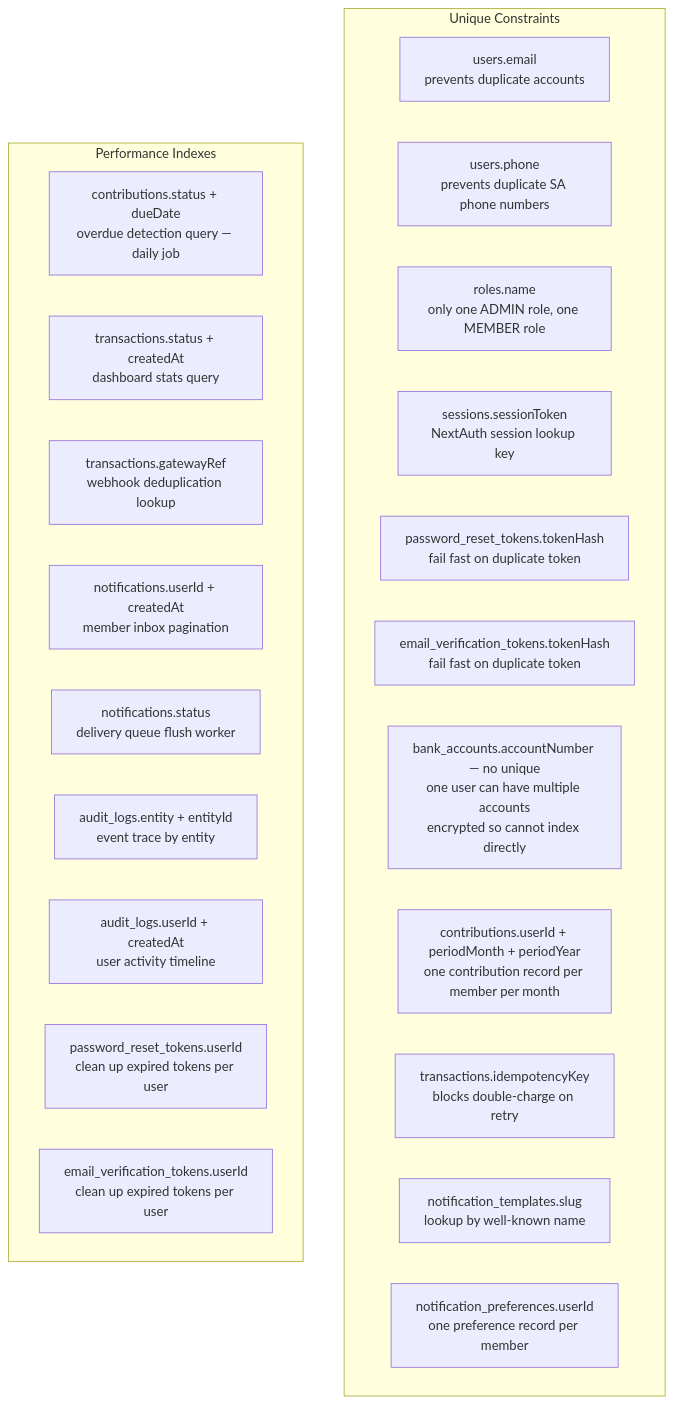
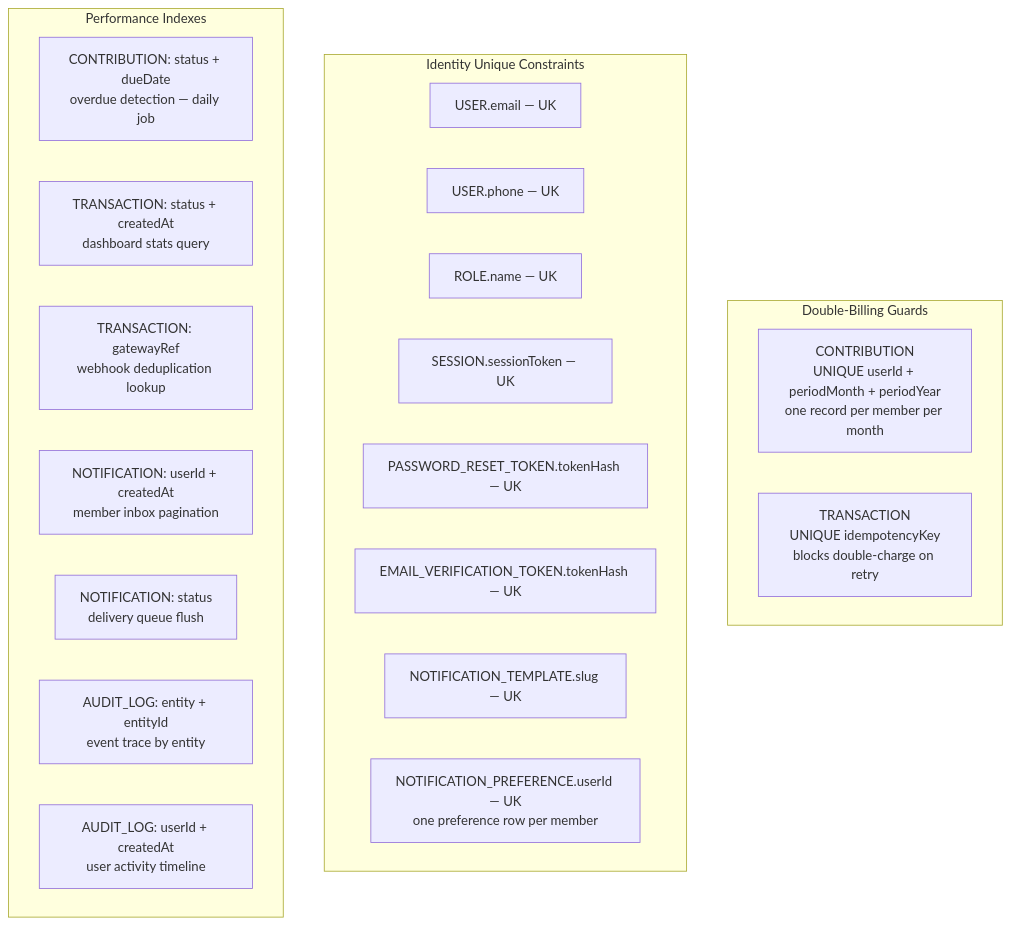
Before and after one commit to KSDRILL-SA/Xkimi-Xa-Mali: the third of 4 diagrams in docs/database/01-erd.md, drawn with Mermaid. The commit also changed other lines of this file, not shown here.

First line of the commit message:
fix(docs): rewrite ERD diagrams using erDiagram syntax (#69)

````diff
--- a/docs/database/01-erd.md
+++ b/docs/database/01-erd.md
@@ -130,28 +219,28 @@
 ```mermaid
 flowchart TD
-    subgraph UNIQUE_CONSTRAINTS["Unique Constraints"]
-        U1["users.email\nprevents duplicate accounts"]
-        U2["users.phone\nprevents duplicate SA phone numbers"]
-        U3["roles.name\nonly one ADMIN role, one MEMBER role"]
-        U4["sessions.sessionToken\nNextAuth session lookup key"]
-        U5["password_reset_tokens.tokenHash\nfail fast on duplicate token"]
-        U6["email_verification_tokens.tokenHash\nfail fast on duplicate token"]
-        U7["bank_accounts.accountNumber — no unique\none user can have multiple accounts\nencrypted so cannot index directly"]
-        U8["contributions.userId + periodMonth + periodYear\none contribution record per member per month"]
-        U9["transactions.idempotencyKey\nblocks double-charge on retry"]
-        U10["notification_templates.slug\nlookup by well-known name"]
-        U11["notification_preferences.userId\none preference record per member"]
+    subgraph DOUBLE_BILLING["Double-Billing Guards"]
+        DB1["CONTRIBUTION\nUNIQUE userId + periodMonth + periodYear\none record per member per month"]
+        DB2["TRANSACTION\nUNIQUE idempotencyKey\nblocks double-charge on retry"]
     end
 
-    subgraph PERFORMANCE_INDEXES["Performance Indexes"]
-        PI1["contributions.status + dueDate\noverdue detection query — daily job"]
-        PI2["transactions.status + createdAt\ndashboard stats query"]
-        PI3["transactions.gatewayRef\nwebhook deduplication lookup"]
-        PI4["notifications.userId + createdAt\nmember inbox pagination"]
-        PI5["notifications.status\ndelivery queue flush worker"]
-        PI6["audit_logs.entity + entityId\nevent trace by entity"]
-        PI7["audit_logs.userId + createdAt\nuser activity timeline"]
-        PI8["password_reset_tokens.userId\nclean up expired tokens per user"]
-        PI9["email_verification_tokens.userId\nclean up expired tokens per user"]
+    subgraph IDENTITY_UK["Identity Unique Constraints"]
+        ID1["USER.email — UK"]
+        ID2["USER.phone — UK"]
+        ID3["ROLE.name — UK"]
+        ID4["SESSION.sessionToken — UK"]
+        ID5["PASSWORD_RESET_TOKEN.tokenHash — UK"]
+        ID6["EMAIL_VERIFICATION_TOKEN.tokenHash — UK"]
+        ID7["NOTIFICATION_TEMPLATE.slug — UK"]
+        ID8["NOTIFICATION_PREFERENCE.userId — UK\none preference row per member"]
+    end
+
+    subgraph PERF_IDX["Performance Indexes"]
+        PI1["CONTRIBUTION: status + dueDate\noverdue detection — daily job"]
+        PI2["TRANSACTION: status + createdAt\ndashboard stats query"]
+        PI3["TRANSACTION: gatewayRef\nwebhook deduplication lookup"]
+        PI4["NOTIFICATION: userId + createdAt\nmember inbox pagination"]
+        PI5["NOTIFICATION: status\ndelivery queue flush"]
+        PI6["AUDIT_LOG: entity + entityId\nevent trace by entity"]
+        PI7["AUDIT_LOG: userId + createdAt\nuser activity timeline"]
     end
 ```
````
